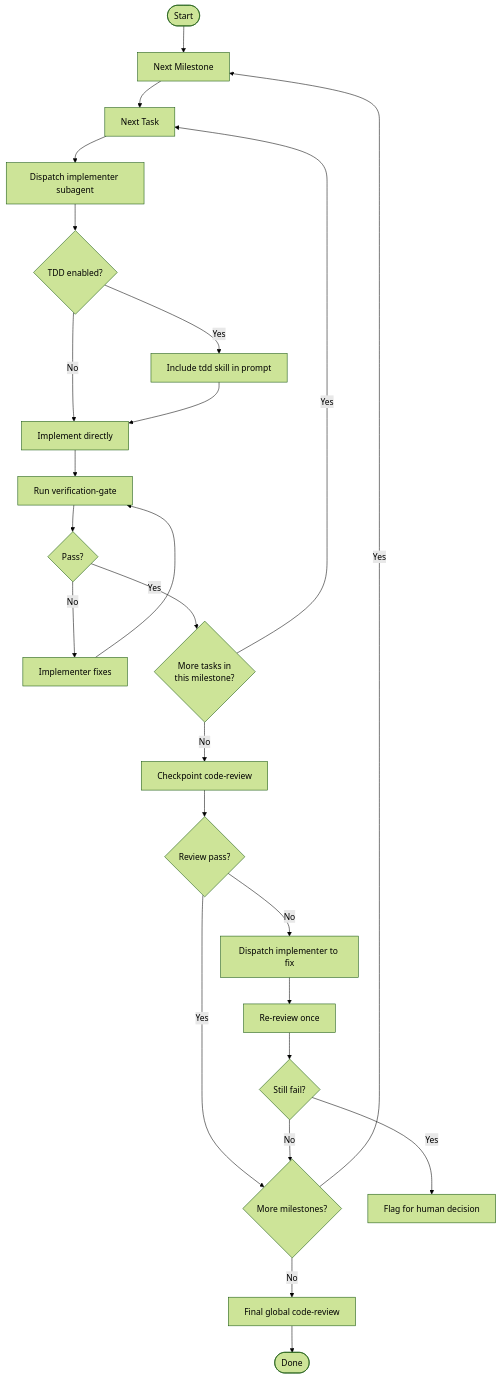
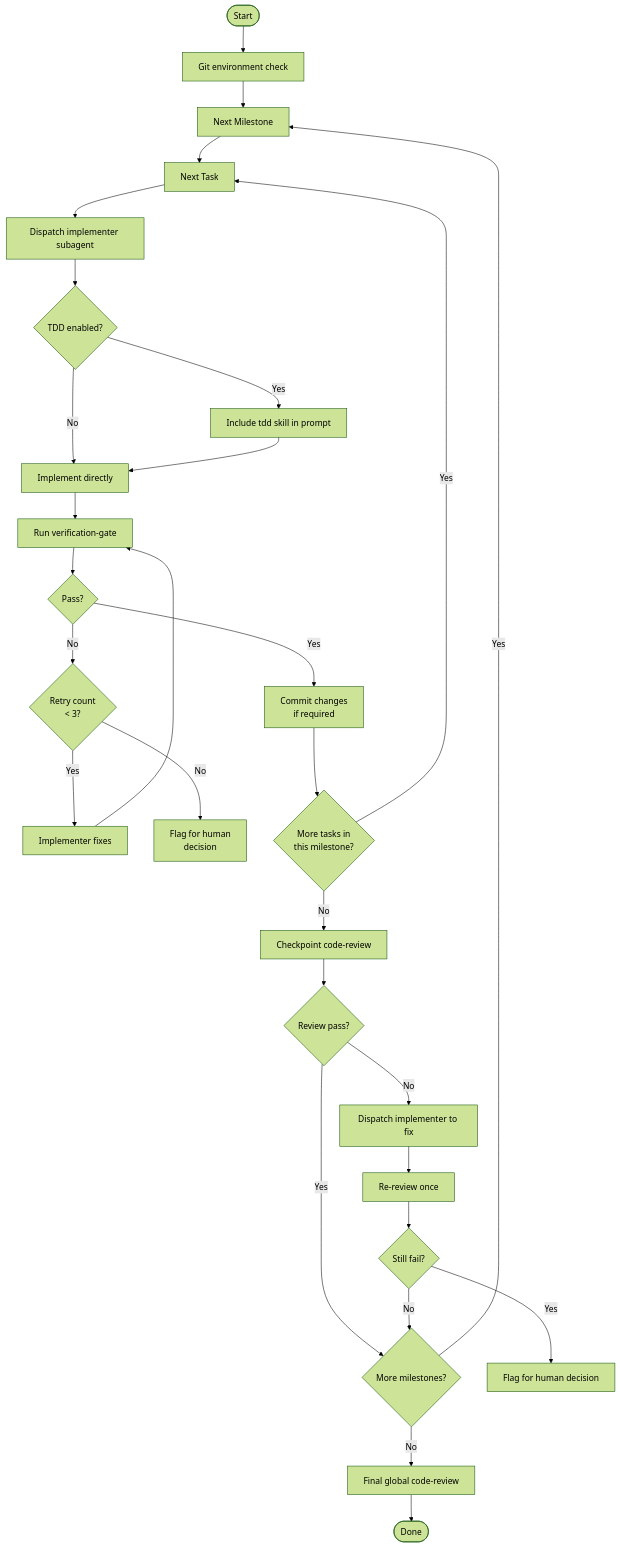
One commit to 0x2E/dev-skills changed the diagram in skills/subagent-execution/SKILL.md. Above: the diagram before and after it, drawn with Mermaid (forest theme). The commit also changed other lines of this file and 3 other files, not shown here.

Commit message:
fix: correct workflow diagram, add worktree commit strategy, planning dual input, VG retry limit

````diff
--- a/skills/subagent-execution/SKILL.md
+++ b/skills/subagent-execution/SKILL.md
@@ -20,27 +43,31 @@
 ```mermaid
 flowchart TD
-    START([Start]) --> NEXT_MS[Next Milestone]
+    START([Start]) --> GIT_CHECK[Git environment check]
+    GIT_CHECK --> NEXT_MS[Next Milestone]
     NEXT_MS --> NEXT_TASK[Next Task]
     NEXT_TASK --> DISPATCH[Dispatch implementer subagent]
     DISPATCH --> TDD_CHECK{TDD enabled?}
     TDD_CHECK -->|Yes| TDD_FLOW[Include tdd skill in prompt]
     TDD_CHECK -->|No| IMPL[Implement directly]
     TDD_FLOW --> IMPL
     IMPL --> VG[Run verification-gate]
     VG --> VG_PASS{Pass?}
-    VG_PASS -->|No| FIX[Implementer fixes]
+    VG_PASS -->|No| VG_COUNT{Retry count<br>&lt; 3?}
+    VG_COUNT -->|Yes| FIX[Implementer fixes]
     FIX --> VG
-    VG_PASS -->|Yes| MORE_TASKS{More tasks in<br>this milestone?}
+    VG_COUNT -->|No| VG_FLAG[Flag for human<br>decision]
+    VG_PASS -->|Yes| COMMIT[Commit changes<br>if required]
+    COMMIT --> MORE_TASKS{More tasks in<br>this milestone?}
     MORE_TASKS -->|Yes| NEXT_TASK
     MORE_TASKS -->|No| CP_REVIEW[Checkpoint code-review]
     CP_REVIEW --> CP_PASS{Review pass?}
     CP_PASS -->|Yes| MORE_MS{More milestones?}
     CP_PASS -->|No| CP_FIX[Dispatch implementer to fix]
     CP_FIX --> CP_REREVIEW[Re-review once]
     CP_REREVIEW --> CP_RPASS{Still fail?}
     CP_RPASS -->|Yes| FLAG[Flag for human decision]
     CP_RPASS -->|No| MORE_MS
     MORE_MS -->|Yes| NEXT_MS
     MORE_MS -->|No| FINAL_REVIEW[Final global code-review]
     FINAL_REVIEW --> DONE([Done])
 ```
````
